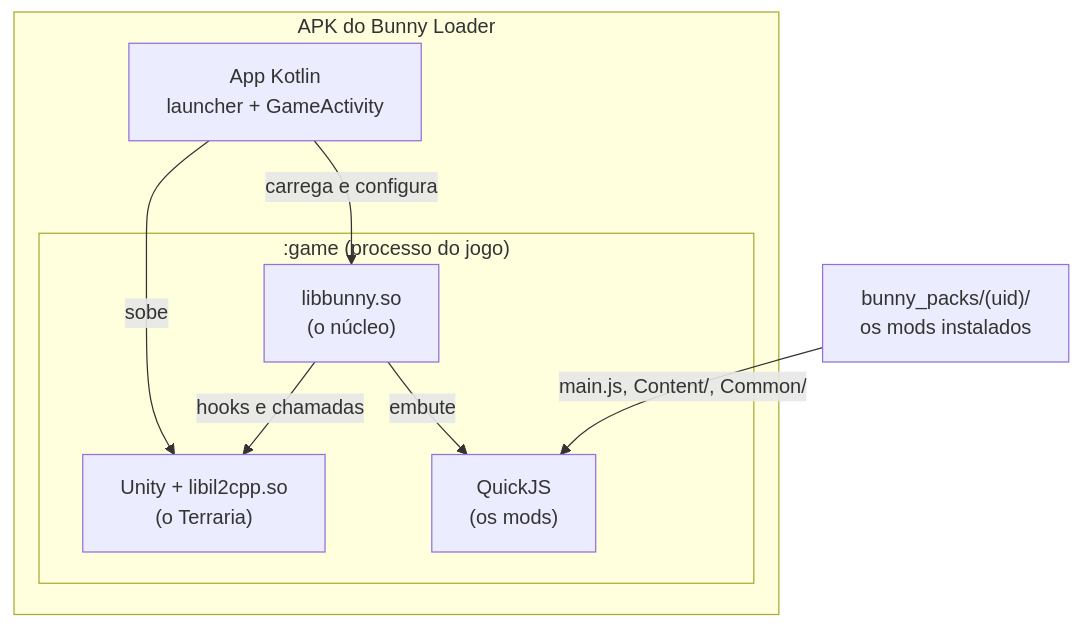
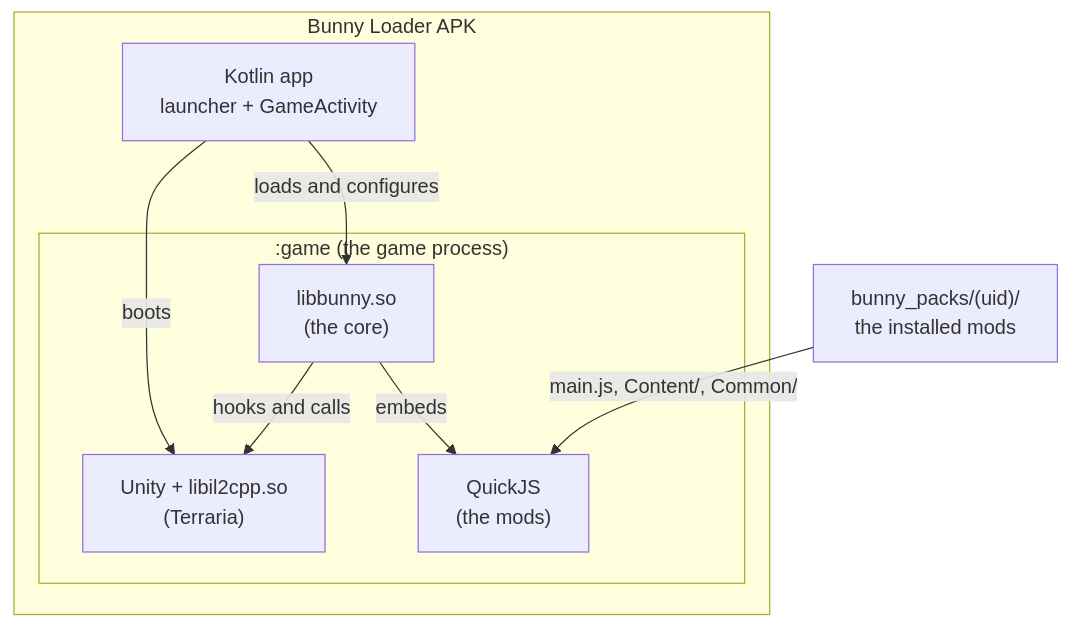
The first of 2 diagrams in docs/nucleo/README.md (JonataOliveiraa/Bunny-Loader), drawn with Mermaid before and after one commit. The commit also changed other lines of this file and 89 other files, not shown here.

````diff
--- a/docs/nucleo/README.md
+++ b/docs/nucleo/README.md
@@ -42,17 +42,17 @@
 ```mermaid
 flowchart TB
-    subgraph APK["APK do Bunny Loader"]
-        K["App Kotlin<br/>launcher + GameActivity"]
-        subgraph P[":game (processo do jogo)"]
-            U["Unity + libil2cpp.so<br/>(o Terraria)"]
-            B["libbunny.so<br/>(o núcleo)"]
-            Q["QuickJS<br/>(os mods)"]
+    subgraph APK["Bunny Loader APK"]
+        K["Kotlin app<br/>launcher + GameActivity"]
+        subgraph P[":game (the game process)"]
+            U["Unity + libil2cpp.so<br/>(Terraria)"]
+            B["libbunny.so<br/>(the core)"]
+            Q["QuickJS<br/>(the mods)"]
         end
     end
-    M["bunny_packs/(uid)/<br/>os mods instalados"]
-    K -- "sobe" --> U
-    K -- "carrega e configura" --> B
-    B -- "hooks e chamadas" --> U
-    B -- "embute" --> Q
+    M["bunny_packs/(uid)/<br/>the installed mods"]
+    K -- "boots" --> U
+    K -- "loads and configures" --> B
+    B -- "hooks and calls" --> U
+    B -- "embeds" --> Q
     M -- "main.js, Content/, Common/" --> Q
 ```
````
